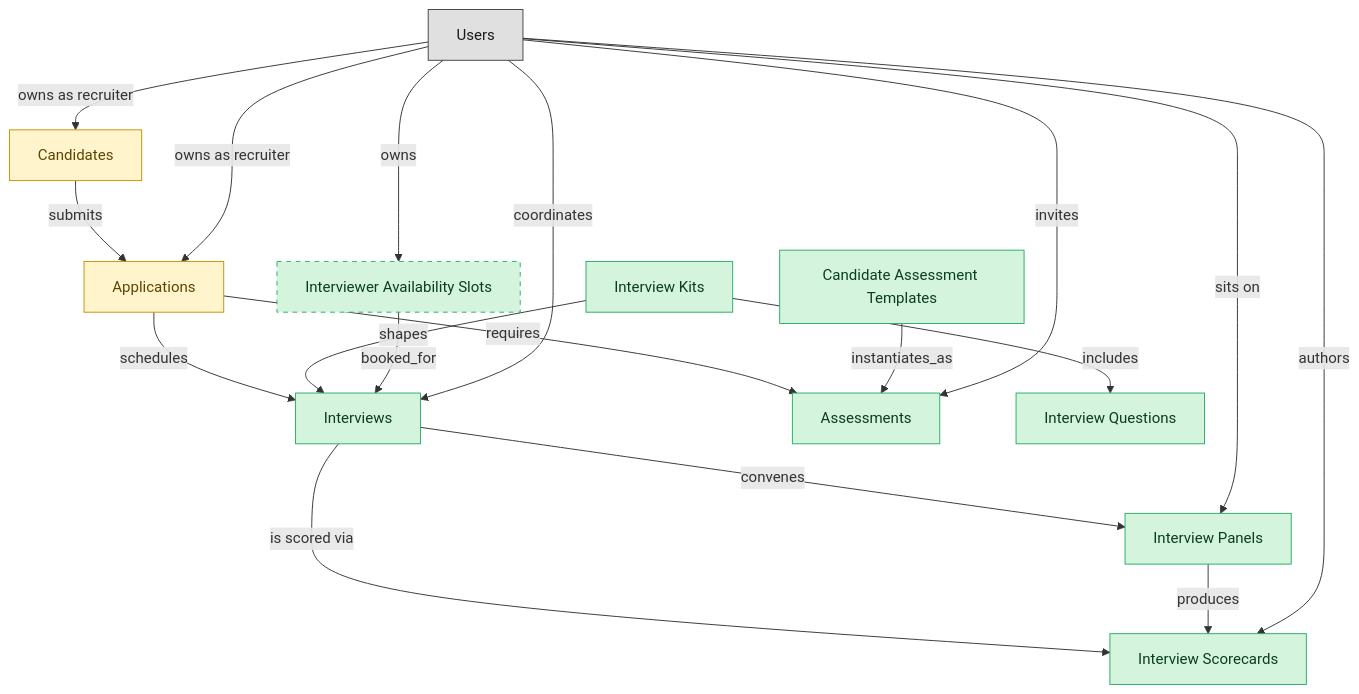
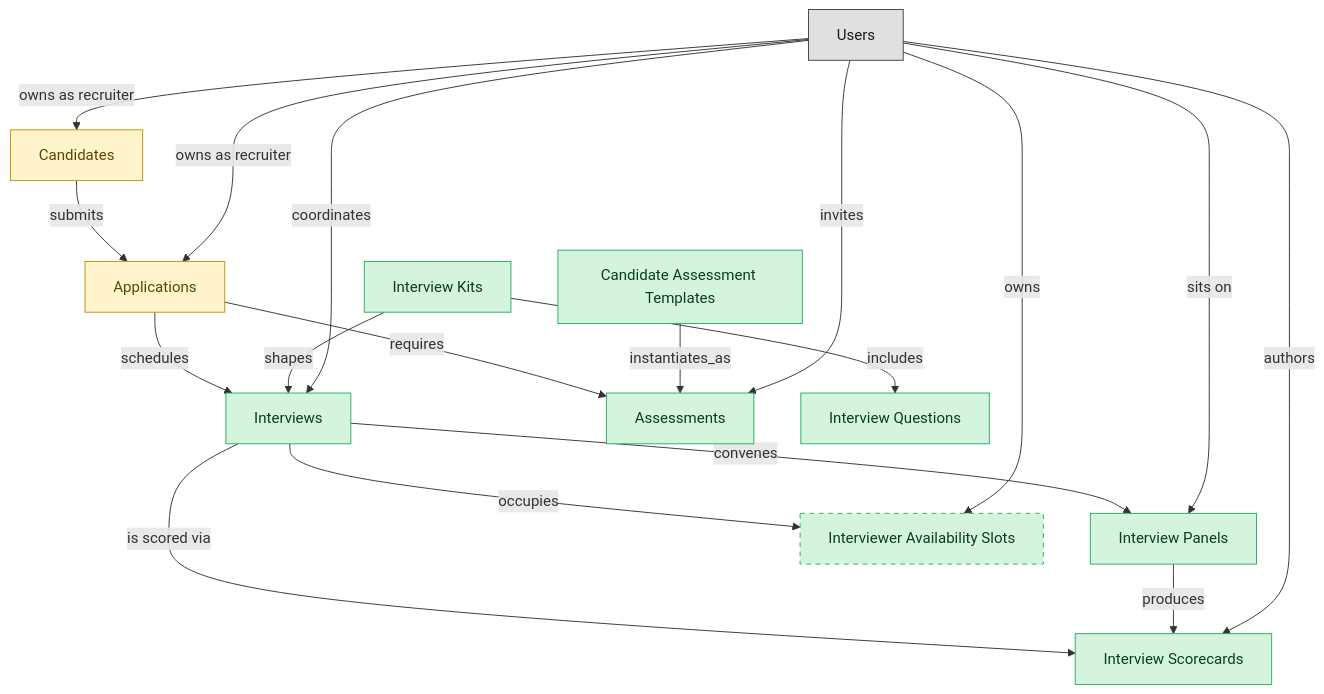
Before and after one commit to IntranetFactory/domain-map: the diagram in catalog/blueprints/ats-interviews-semantic-blueprint.md, drawn with Mermaid. The commit also changed other lines of this file and 122 other files, not shown here.

````diff
--- a/catalog/blueprints/ats-interviews-semantic-blueprint.md
+++ b/catalog/blueprints/ats-interviews-semantic-blueprint.md
@@ -39,46 +40,46 @@
 ```mermaid
 flowchart TD
   classDef master fill:#d4f4dd,stroke:#27ae60,color:#0b3d20;
   classDef embedded_master fill:#fff4cc,stroke:#c79100,color:#5b4500;
   classDef platform_builtin fill:#e0e0e0,stroke:#424242,color:#1a1a1a;
   candidates["Candidates"]
   job_applications["Applications"]
   interviews["Interviews"]
   interview_scorecards["Interview Scorecards"]
   candidate_assessments["Assessments"]
   interview_kits["Interview Kits"]
   interview_panels["Interview Panels"]
   candidate_assessment_templates["Candidate Assessment Templates"]
   interview_questions["Interview Questions"]
   interviewer_availability_slots["Interviewer Availability Slots"]
   users["Users"]
   candidates -->|"submits"| job_applications
   job_applications -->|"schedules"| interviews
   interviews -->|"is scored via"| interview_scorecards
   job_applications -->|"requires"| candidate_assessments
   interview_kits -->|"shapes"| interviews
   interview_kits -->|"includes"| interview_questions
   interviews -->|"convenes"| interview_panels
   interview_panels -->|"produces"| interview_scorecards
   candidate_assessment_templates -->|"instantiates_as"| candidate_assessments
-  interviewer_availability_slots -->|"booked_for"| interviews
+  interviews -->|"occupies"| interviewer_availability_slots
   users -->|"owns as recruiter"| job_applications
   users -->|"coordinates"| interviews
   users -->|"authors"| interview_scorecards
   users -->|"owns as recruiter"| candidates
   users -->|"invites"| candidate_assessments
   users -->|"owns"| interviewer_availability_slots
   users -->|"sits on"| interview_panels
   class candidates embedded_master;
   class job_applications embedded_master;
   class interviews master;
   class interview_scorecards master;
   class candidate_assessments master;
   class interview_kits master;
   class interview_panels master;
   class candidate_assessment_templates master;
   class interview_questions master;
   class interviewer_availability_slots master;
   class users platform_builtin;
   style interviewer_availability_slots stroke-dasharray:5 5;
 ```
````
